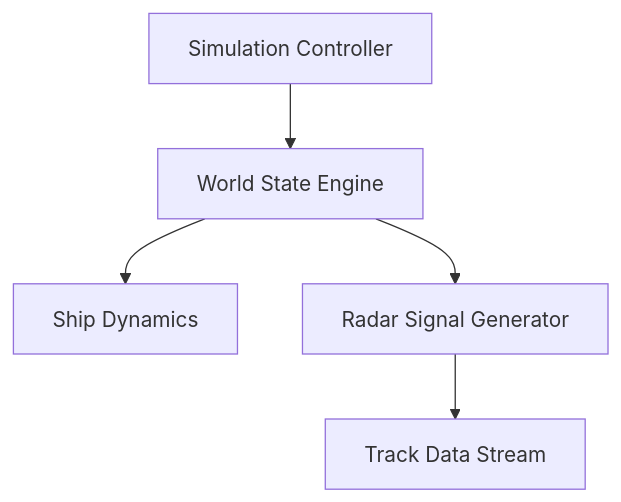
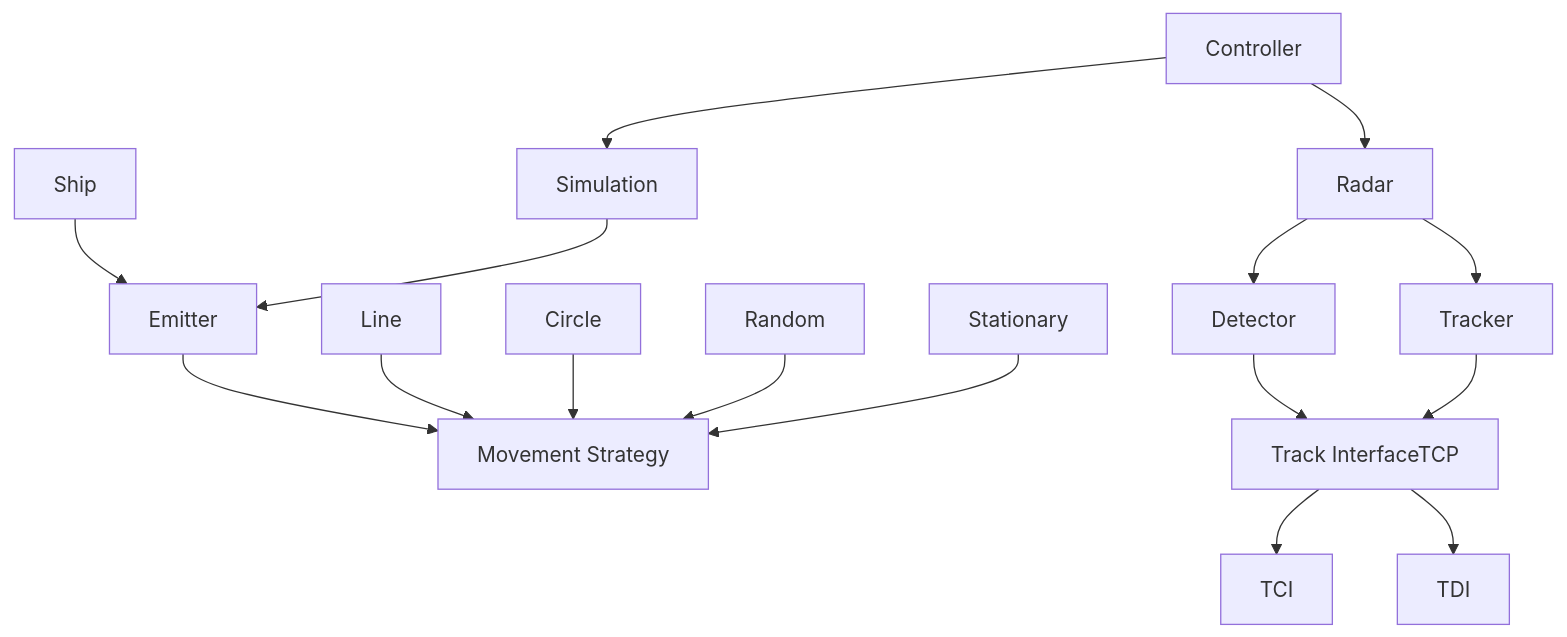
One commit to TheSoftwareDesignLab/ANTARES changed the diagram in docs/antares-simulator.md. Above: the diagram before and after it, drawn with Mermaid. The commit also changed other lines of this file and 8 other files, not shown here.

````diff
--- a/docs/antares-simulator.md
+++ b/docs/antares-simulator.md
@@ -27,7 +18,26 @@
 ```mermaid
-flowchart TD
-    A[Simulation Controller] --> B[World State Engine]
-    B --> C[Ship Dynamics]
-    B --> D[Radar Signal Generator]
-    D --> E[Track Data Stream]
+graph TD
+    Controller[Controller]
+    
+    Controller --> Simulation[Simulation]
+    Controller --> Radar[Radar]
+    
+    Ship[Ship] --> Emitter[Emitter]
+    Simulation --> Emitter
+    
+    Emitter --> MovementStrategy[Movement Strategy]
+    
+    Line[Line] --> MovementStrategy
+    Circle[Circle] --> MovementStrategy
+    Random[Random] --> MovementStrategy
+    Stationary[Stationary] --> MovementStrategy
+    
+    Radar --> Detector[Detector]
+    Radar --> Tracker[Tracker]
+    
+    Detector --> TrackInterface[Track InterfaceTCP]
+    Tracker --> TrackInterface
+    
+    TrackInterface --> TCI[TCI]
+    TrackInterface --> TDI[TDI]
 ```
````
